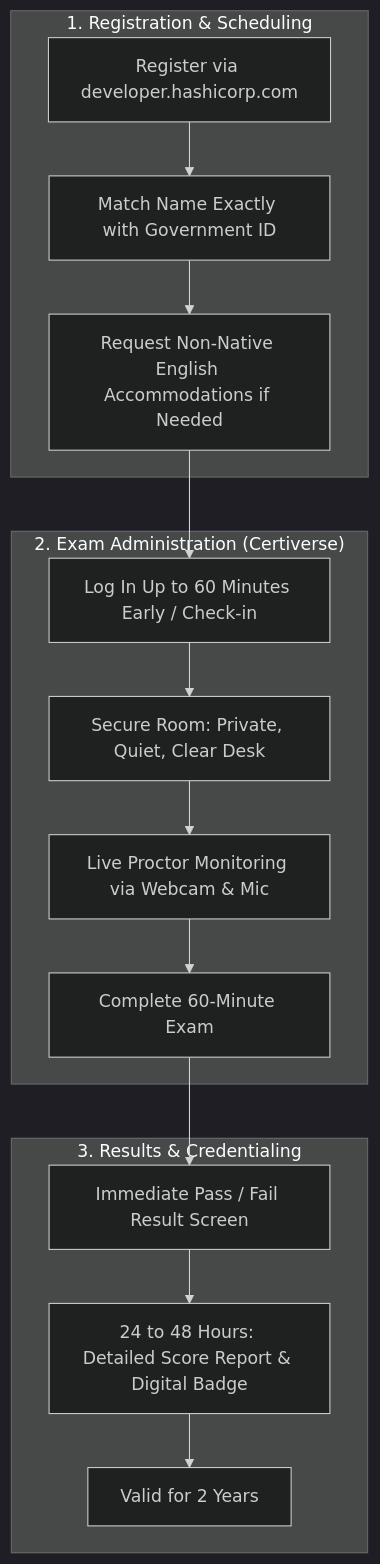
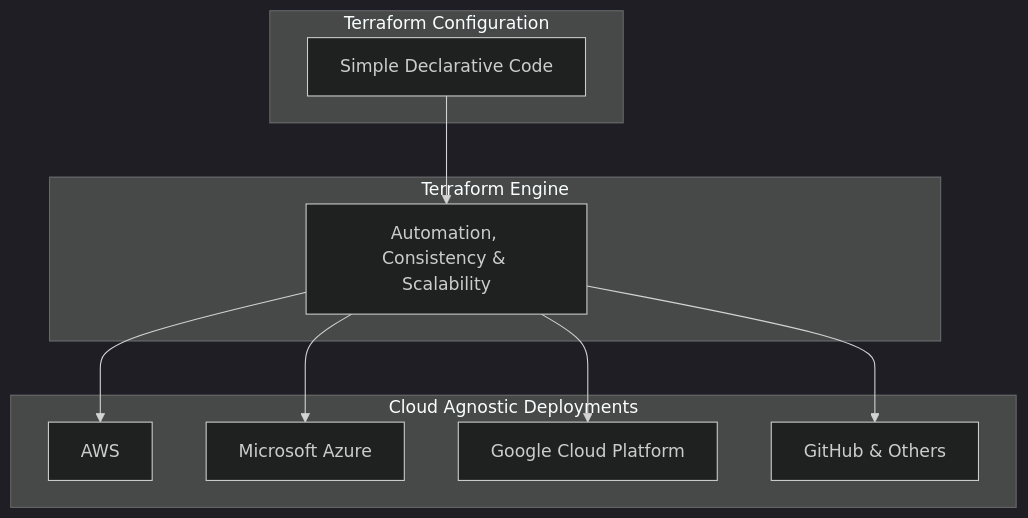
One commit to rensaputra/res.id.au changed the first of 2 diagrams in docs/terraform-associate/1-introduction/course-introduction.mdx. Above: the diagram before and after it, drawn with Mermaid (dark theme). The commit also changed other lines of this file and 2 other files, not shown here.

Commit message:
feat: Course Intro & About the exam

````diff
--- a/docs/terraform-associate/1-introduction/course-introduction.mdx
+++ b/docs/terraform-associate/1-introduction/course-introduction.mdx
@@ -27,20 +25,24 @@
 ```mermaid
-flowchart TB
-    subgraph Registration_Prep["1. Registration & Scheduling"]
-        A[Register via developer.hashicorp.com] --> B[Match Name Exactly with Government ID]
-        B --> C[Request Non-Native English Accommodations if Needed]
+flowchart TD
+    subgraph Declarative_Config [Terraform Configuration]
+        A[Simple Declarative Code]
     end
 
-    subgraph Exam_Session["2. Exam Administration (Certiverse)"]
-        C --> D[Log In Up to 60 Minutes Early / Check-in]
-        D --> E[Secure Room: Private, Quiet, Clear Desk]
-        E --> F[Live Proctor Monitoring via Webcam & Mic]
-        F --> G[Complete 60-Minute Exam]
+    subgraph Core_Engine [Terraform Engine]
+        B[Automation, Consistency & Scalability]
     end
 
-    subgraph Evaluation["3. Results & Credentialing"]
-        G --> H[Immediate Pass / Fail Result Screen]
-        H --> I[24 to 48 Hours: Detailed Score Report & Digital Badge]
-        I --> J[Valid for 2 Years]
+    subgraph Multi_Cloud_Targets [Cloud Agnostic Deployments]
+        C[AWS]
+        D[Microsoft Azure]
+        E[Google Cloud Platform]
+        F[GitHub & Others]
     end
+
+    A --> B
+    B --> C
+    B --> D
+    B --> E
+    B --> F
+
 ```
````
